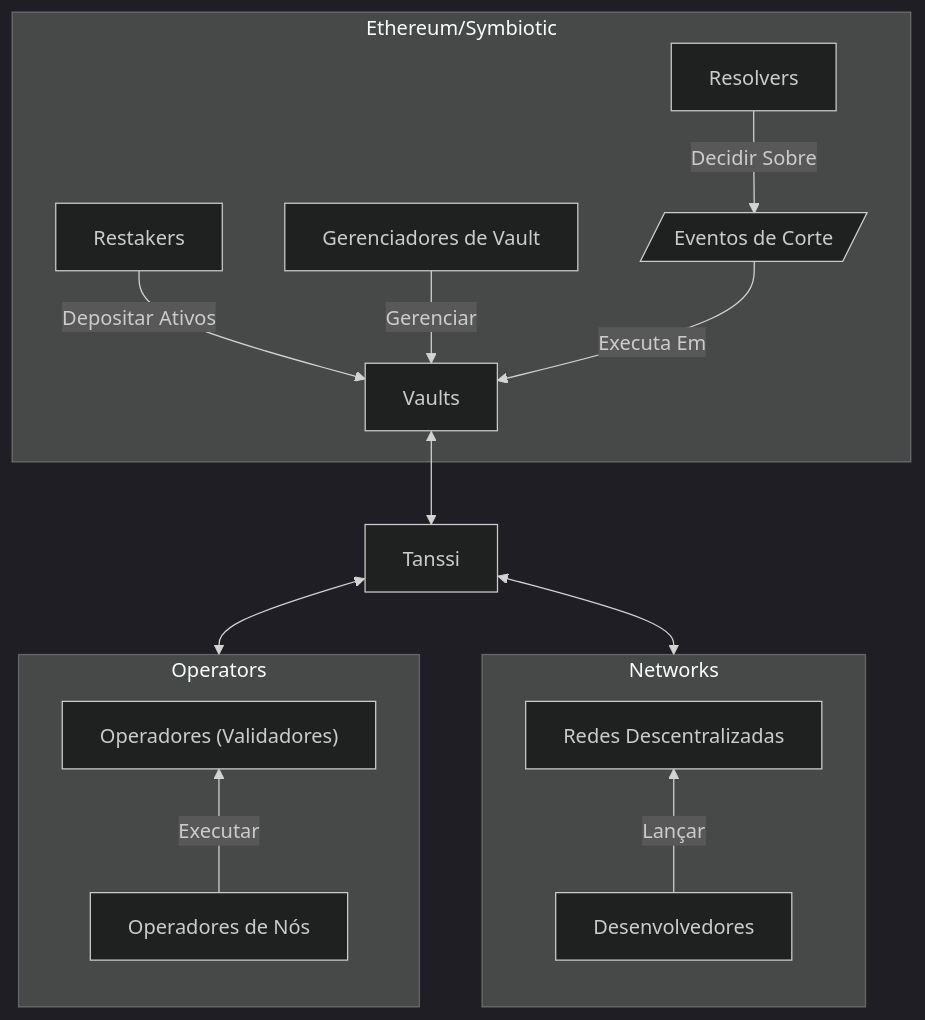
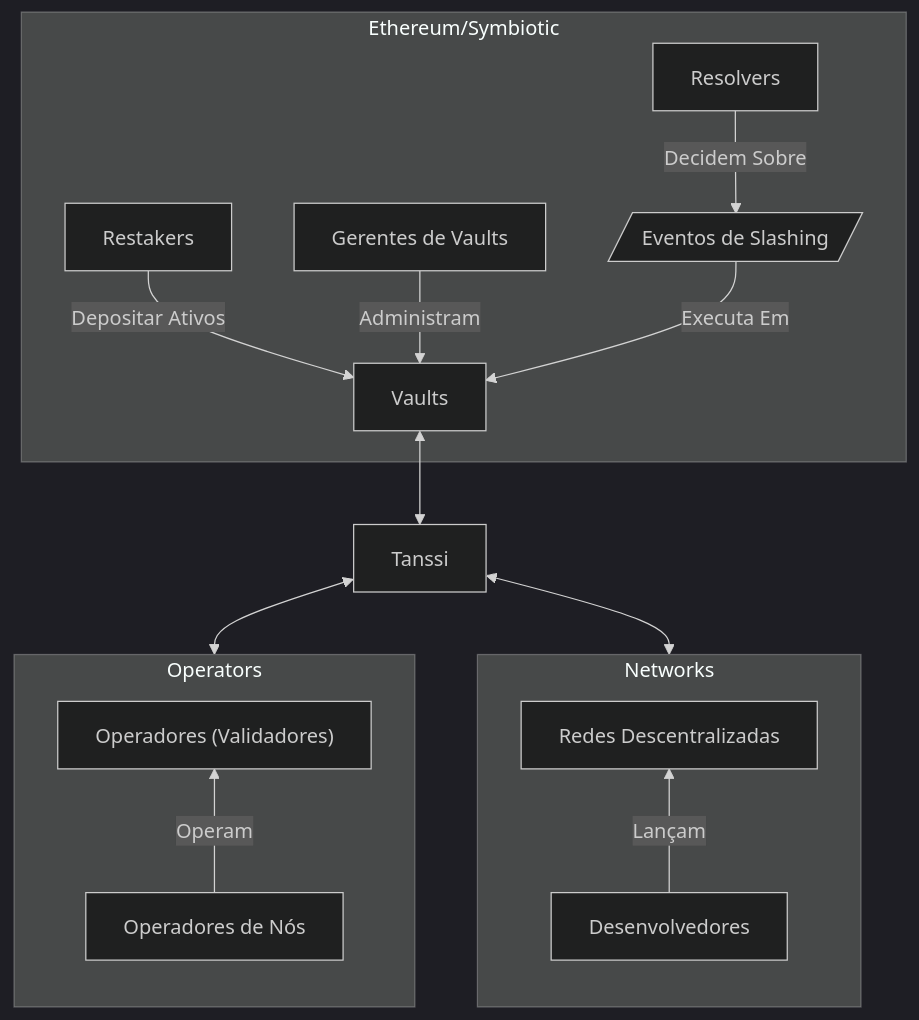
The first of 6 diagrams in pt/learn/tanssi/external-security-providers/symbiotic.md (moondance-labs/tanssi-docs), drawn with Mermaid (dark theme) before and after one commit. The commit also changed other lines of this file and 91 other files, not shown here.

````diff
--- a/pt/learn/tanssi/external-security-providers/symbiotic.md
+++ b/pt/learn/tanssi/external-security-providers/symbiotic.md
@@ -24,31 +24,31 @@
 ```mermaid
 flowchart TD
     %% Vaults subgraph
     subgraph Ethereum["Ethereum/Symbiotic"]
-        slash[/Eventos de Corte/]
+        slash[/Eventos de Slashing/]
         Restakers -- Depositar Ativos --> Vaults
-        manager["Gerenciadores de Vault"] -- Gerenciar --> Vaults
-        Resolvers -- Decidir Sobre --> slash
+        manager["Gerentes de Vaults"] -- Administram --> Vaults
+        Resolvers -- Decidem Sobre --> slash
         slash -- Executa Em --> Vaults
     end
 
-    %% Operadores subgraph
+    %% Operators subgraph
     subgraph Operators
         direction BT
         operators["Operadores (Validadores)"]
         node_operators["Operadores de Nós"]
-        node_operators -- Executar --> operators
+        node_operators -- Operam --> operators
     end
 
     %% Networks subgraph
     subgraph Networks
         direction BT
         developers["Desenvolvedores"]
         networks["Redes Descentralizadas"]
-        developers -- Lançar --> networks
+        developers -- Lançam --> networks
     end
 
     Vaults <--> Tanssi
     Tanssi <--> Operators
     Tanssi <--> Networks
 ```
````
